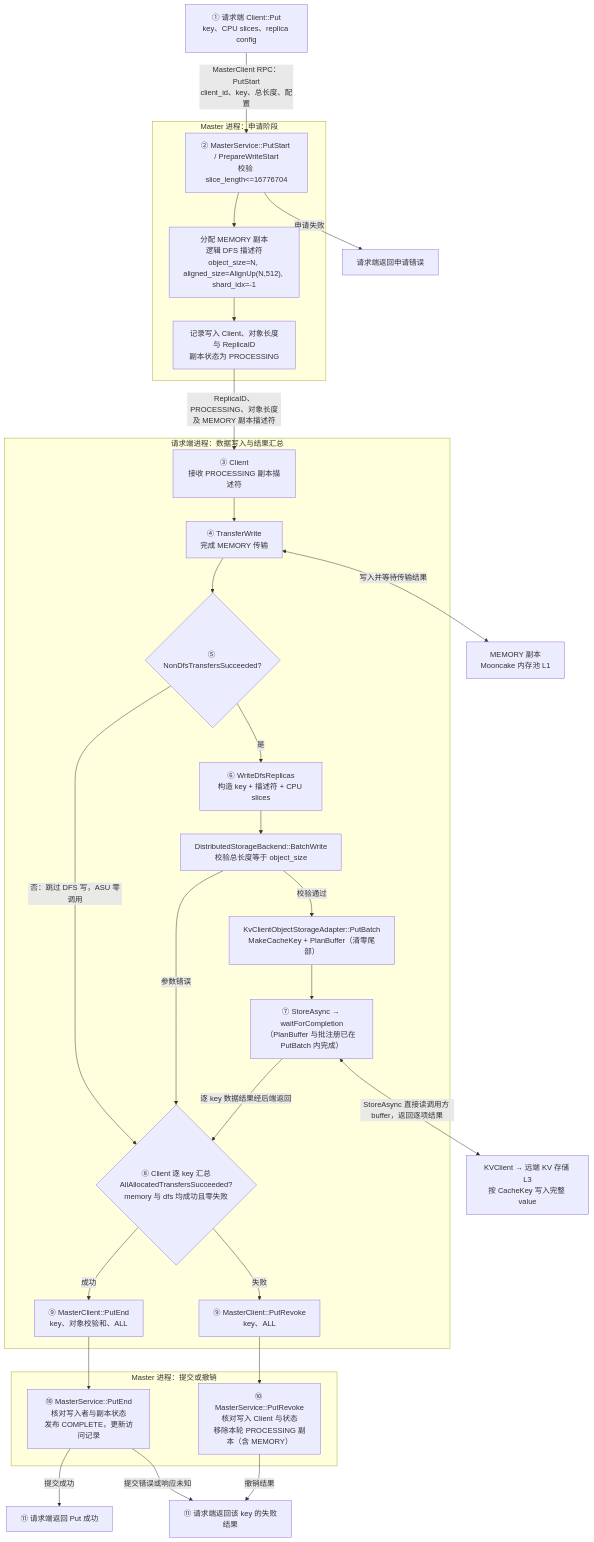
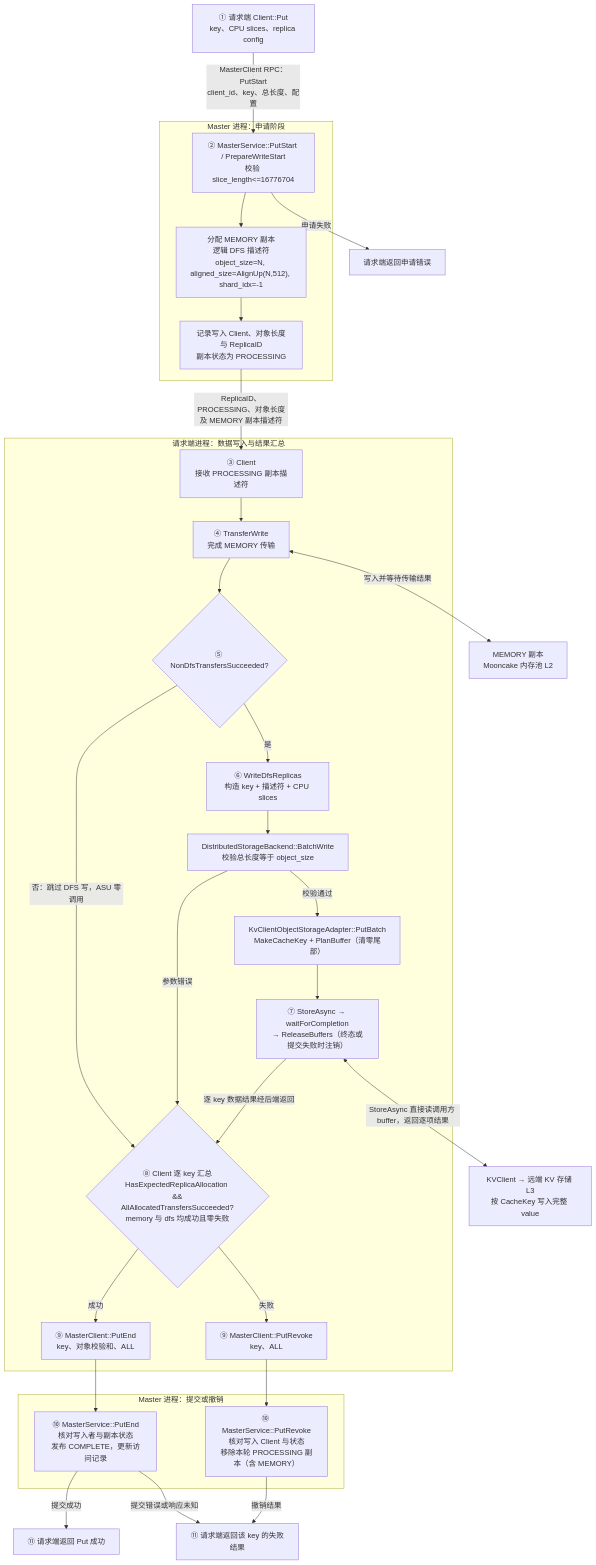
The fourth of 13 diagrams in Mooncake + KVClient L3 接入（Kvcs）- v3.md (zwj20000328-dotcom/Mooncake-documents), drawn with Mermaid before and after one commit. The commit also changed other lines of this file, not shown here.

Commit message:
docs: align diagrams and code paths with per-batch registration semantics

````diff
--- a/Mooncake + KVClient L3 接入（Kvcs）- v3.md
+++ b/Mooncake + KVClient L3 接入（Kvcs）- v3.md
@@ -315,60 +327,60 @@
 ```mermaid
 flowchart TB
     C1["① 请求端 Client::Put<br/>key、CPU slices、replica config"]
 
     subgraph MasterStart["Master 进程：申请阶段"]
         START["② MasterService::PutStart / PrepareWriteStart<br/>校验 slice_length<=16776704"]
         ALLOC["分配 MEMORY 副本<br/>逻辑 DFS 描述符<br/>object_size=N, aligned_size=AlignUp(N,512), shard_idx=-1"]
         META["记录写入 Client、对象长度与 ReplicaID<br/>副本状态为 PROCESSING"]
 
         START --> ALLOC
         ALLOC --> META
     end
 
     subgraph Request["请求端进程：数据写入与结果汇总"]
         C2["③ Client<br/>接收 PROCESSING 副本描述符"]
         T["④ TransferWrite<br/>完成 MEMORY 传输"]
         GATE{"⑤ NonDfsTransfersSucceeded?"}
         W["⑥ WriteDfsReplicas<br/>构造 key + 描述符 + CPU slices"]
         B["DistributedStorageBackend::BatchWrite<br/>校验总长度等于 object_size"]
         O["KvClientObjectStorageAdapter::PutBatch<br/>MakeCacheKey + PlanBuffer（清零尾部）"]
-        D["⑦ StoreAsync → waitForCompletion<br/>（PlanBuffer 与批注册已在 PutBatch 内完成）"]
-        J{"⑧ Client 逐 key 汇总<br/>AllAllocatedTransfersSucceeded?<br/>memory 与 dfs 均成功且零失败"}
+        D["⑦ StoreAsync → waitForCompletion<br/>→ ReleaseBuffers（终态或提交失败时注销）"]
+        J{"⑧ Client 逐 key 汇总<br/>HasExpectedReplicaAllocation &&<br/>AllAllocatedTransfersSucceeded?<br/>memory 与 dfs 均成功且零失败"}
         END["⑨ MasterClient::PutEnd<br/>key、对象校验和、ALL"]
         REVOKE["⑨ MasterClient::PutRevoke<br/>key、ALL"]
 
         C2 --> T
         T --> GATE
         GATE -->|"是"| W
         GATE -->|"否：跳过 DFS 写，ASU 零调用"| J
         W --> B
         B -->|"校验通过"| O
         B -->|"参数错误"| J
         O --> D
         D -->|"逐 key 数据结果经后端返回"| J
         J -->|"成功"| END
         J -->|"失败"| REVOKE
     end
 
     subgraph MasterFinish["Master 进程：提交或撤销"]
         COMMIT["⑩ MasterService::PutEnd<br/>核对写入者与副本状态<br/>发布 COMPLETE，更新访问记录"]
         ABORT["⑩ MasterService::PutRevoke<br/>核对写入 Client 与状态<br/>移除本轮 PROCESSING 副本（含 MEMORY）"]
     end
 
     OK["⑪ 请求端返回 Put 成功"]
     FAIL["⑪ 请求端返回该 key 的失败结果"]
     REJECT["请求端返回申请错误"]
-    RAM["MEMORY 副本<br/>Mooncake 内存池 L1"]
+    RAM["MEMORY 副本<br/>Mooncake 内存池 L2"]
     S["KVClient → 远端 KV 存储 L3<br/>按 CacheKey 写入完整 value"]
 
     C1 -->|"MasterClient RPC：PutStart<br/>client_id、key、总长度、配置"| START
     START -->|"申请失败"| REJECT
     META -->|"ReplicaID、PROCESSING、对象长度<br/>及 MEMORY 副本描述符"| C2
     T <-->|"写入并等待传输结果"| RAM
     D <-->|"StoreAsync 直接读调用方 buffer，返回逐项结果"| S
     END --> COMMIT
     COMMIT -->|"提交成功"| OK
     COMMIT -->|"提交错误或响应未知"| FAIL
     REVOKE --> ABORT
     ABORT -->|"撤销结果"| FAIL
 ```
````
